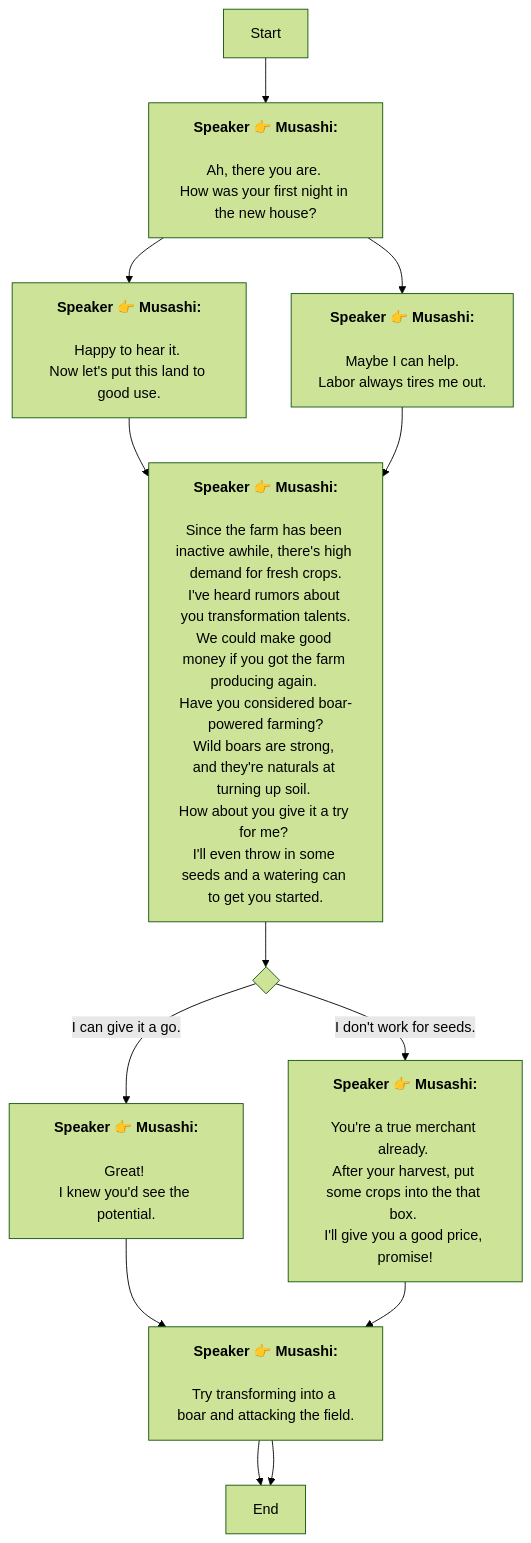
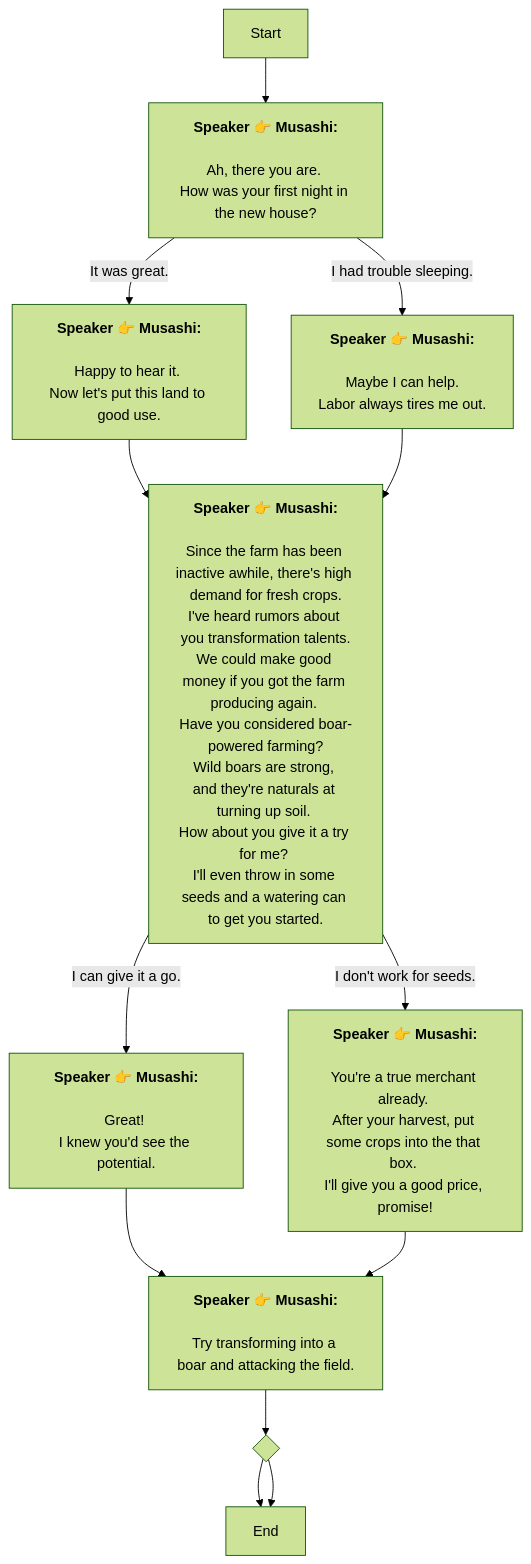
Before and after one commit to SoftHu/tos_avg: the diagram in En/Dialog_55277534657636.md, drawn with Mermaid (forest theme). The commit also changed 737 other files, not shown here.

````diff
--- a/En/Dialog_55277534657636.md
+++ b/En/Dialog_55277534657636.md
@@ -1,54 +1,39 @@
 ```mermaid
 graph
 Start -->1768881203408877[<b>Speaker 👉 Musashi:</b>
-
-Ah, there you are. 
+\nAh, there you are. 
 How was your first night in the new house?]
-1768881203408877 -->1768881350927347[<b>Speaker 👉 Musashi:</b>
-
-Happy to hear it. 
+1768881203408877 -->|It was great.|1768881350927347[<b>Speaker 👉 Musashi:</b>
+\nHappy to hear it. 
 Now let's put this land to good use.]
-1768881203408877 -->1768881355970548[<b>Speaker 👉 Musashi:</b>
-
-Maybe I can help. 
+1768881203408877 -->|I had trouble sleeping. |1768881355970548[<b>Speaker 👉 Musashi:</b>
+\nMaybe I can help. 
 Labor always tires me out.]
 1768881350927347 -->1768881410613237[<b>Speaker 👉 Musashi:</b>
-
-Since the farm has been inactive awhile, there's high demand for fresh crops.
-I've heard rumors about you transformation talents.
+\nSince the farm has been inactive awhile, there's high demand for fresh crops.\nI've heard rumors about you transformation talents.
 We could make good money if you got the farm producing again. 
-Have you considered boar-powered farming?
-Wild boars are strong, 
-and they're naturals at turning up soil. 
-How about you give it a try for me? 
+Have you considered boar-powered farming?\nWild boars are strong, 
+and they're naturals at turning up soil. \nHow about you give it a try for me? 
 I'll even throw in some seeds and a watering can to get you started.]
-1768881410613237 -->1768881484257274{ }
-1768881484257274 -->|I can give it a go.|1768881530854395[<b>Speaker 👉 Musashi:</b>
-
-Great! 
+1768881410613237 -->|I can give it a go.|1768881530854395[<b>Speaker 👉 Musashi:</b>
+\nGreat! 
 I knew you'd see the potential.]
-1768881484257274 -->|I don't work for seeds.|1768881534680060[<b>Speaker 👉 Musashi:</b>
-
-You're a true merchant already. 
+1768881410613237 -->|I don't work for seeds.|1768881534680060[<b>Speaker 👉 Musashi:</b>
+\nYou're a true merchant already. 
 After your harvest, put some crops into the that box. 
 I'll give you a good price, promise!]
 1768881530854395 -->1768881575982077[<b>Speaker 👉 Musashi:</b>
-
-Try transforming into a boar and attacking the field.]
-1768881575982077 -->1768881632876543[End]
-1768881575982077 -->1768881632876543[End]
+\nTry transforming into a boar and attacking the field.]
+1768881575982077 -->1768881589887998{ }
+1768881589887998 -->1768881632876543[End]
+1768881589887998 -->1768881632876543[End]
 1768881534680060 -->1768881575982077[<b>Speaker 👉 Musashi:</b>
-
-Try transforming into a boar and attacking the field.]
+\nTry transforming into a boar and attacking the field.]
 1768881355970548 -->1768881410613237[<b>Speaker 👉 Musashi:</b>
-
-Since the farm has been inactive awhile, there's high demand for fresh crops.
-I've heard rumors about you transformation talents.
+\nSince the farm has been inactive awhile, there's high demand for fresh crops.\nI've heard rumors about you transformation talents.
 We could make good money if you got the farm producing again. 
-Have you considered boar-powered farming?
-Wild boars are strong, 
-and they're naturals at turning up soil. 
-How about you give it a try for me? 
+Have you considered boar-powered farming?\nWild boars are strong, 
+and they're naturals at turning up soil. \nHow about you give it a try for me? 
 I'll even throw in some seeds and a watering can to get you started.]
 
- ```
+```
````
